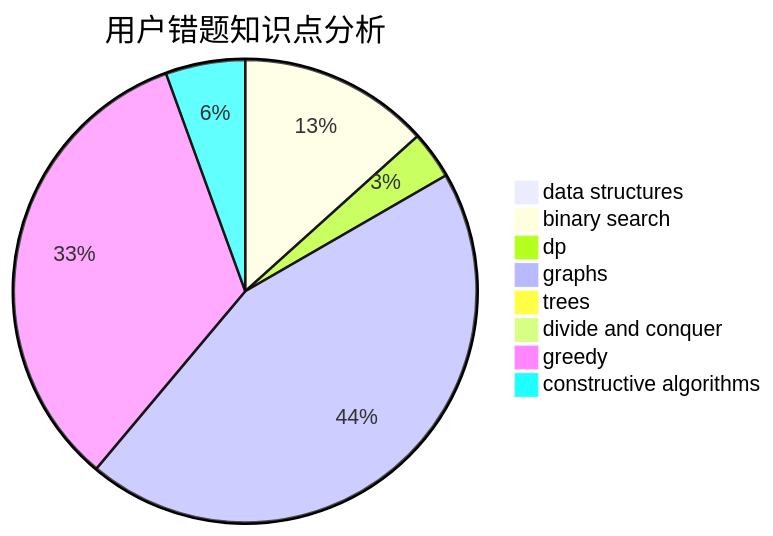
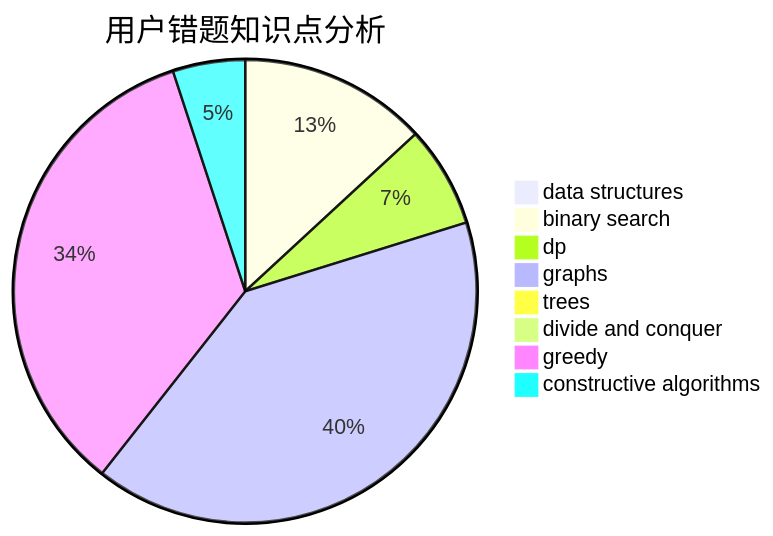
One commit to sherpahu/cfrs.github.io changed the third of 3 diagrams in docs/user/u1957.md. Above: the diagram before and after it, drawn with Mermaid. The commit also changed other lines of this file and 2770 other files, not shown here.

````diff
--- a/docs/user/u1957.md
+++ b/docs/user/u1957.md
@@ -36,11 +36,11 @@
 ```mermaid
 pie title 用户错题知识点分析
     "data structures" :  0
-    "binary search" :  12
-    "dp" :  3
+    "binary search" :  13
+    "dp" :  7
     "graphs" :  40
     "trees" :  0
     "divide and conquer" :  0
-    "greedy" :  30
+    "greedy" :  34
     "constructive algorithms" :  5
 ```
````
